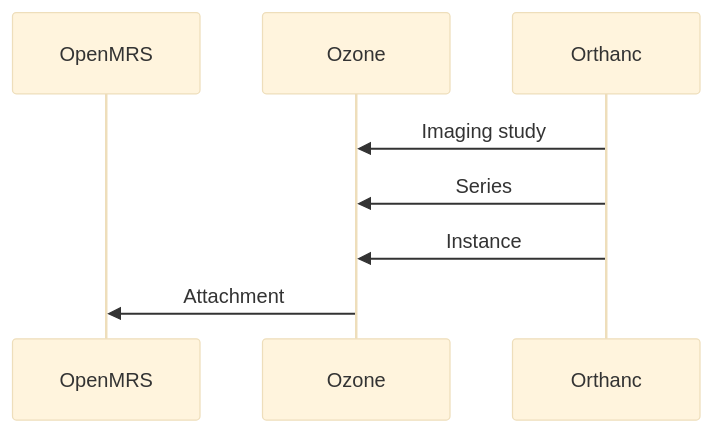
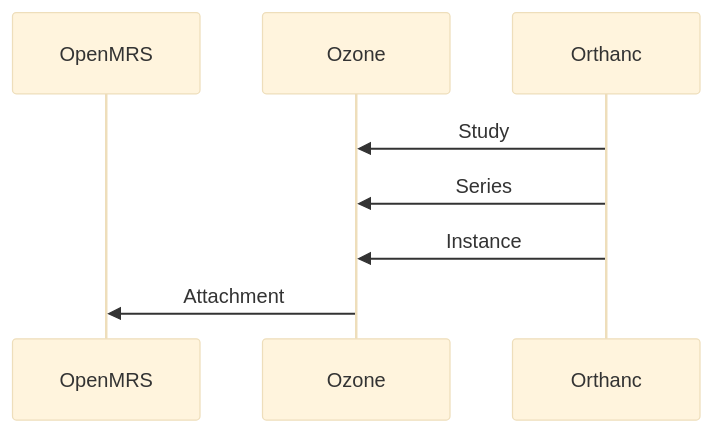
Before and after one commit to ozone-his/ozone-docs: the first of 4 diagrams in docs/users/openmrs-orthanc.md, drawn with Mermaid (base theme). The commit also changed other lines of this file, not shown here.

Commit message:
OZ-768: Referrering to just 'study' in OpenMRS-Orthanc flows.

````diff
--- a/docs/users/openmrs-orthanc.md
+++ b/docs/users/openmrs-orthanc.md
@@ -5,10 +5,10 @@
 ``` mermaid
     sequenceDiagram
         participant OpenMRS
         participant Ozone
         participant Orthanc
-        Orthanc->>Ozone: Imaging study
+        Orthanc->>Ozone: Study
         Orthanc->>Ozone: Series
         Orthanc->>Ozone: Instance
         Ozone->>OpenMRS: Attachment
 ```
````
